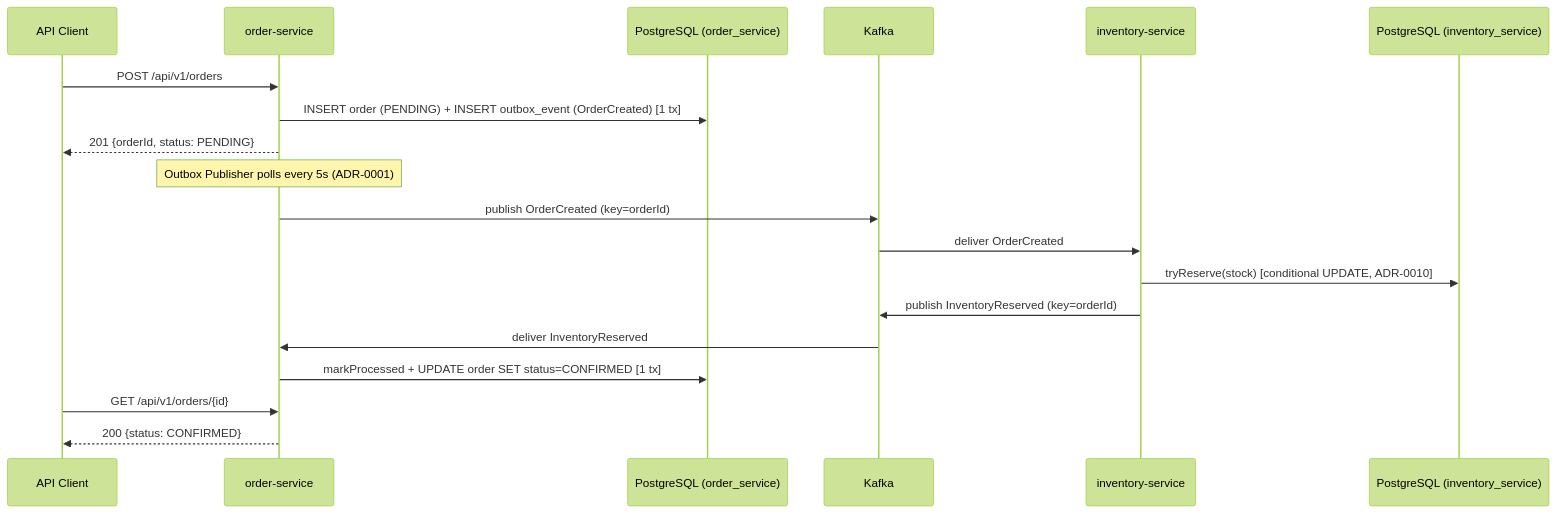
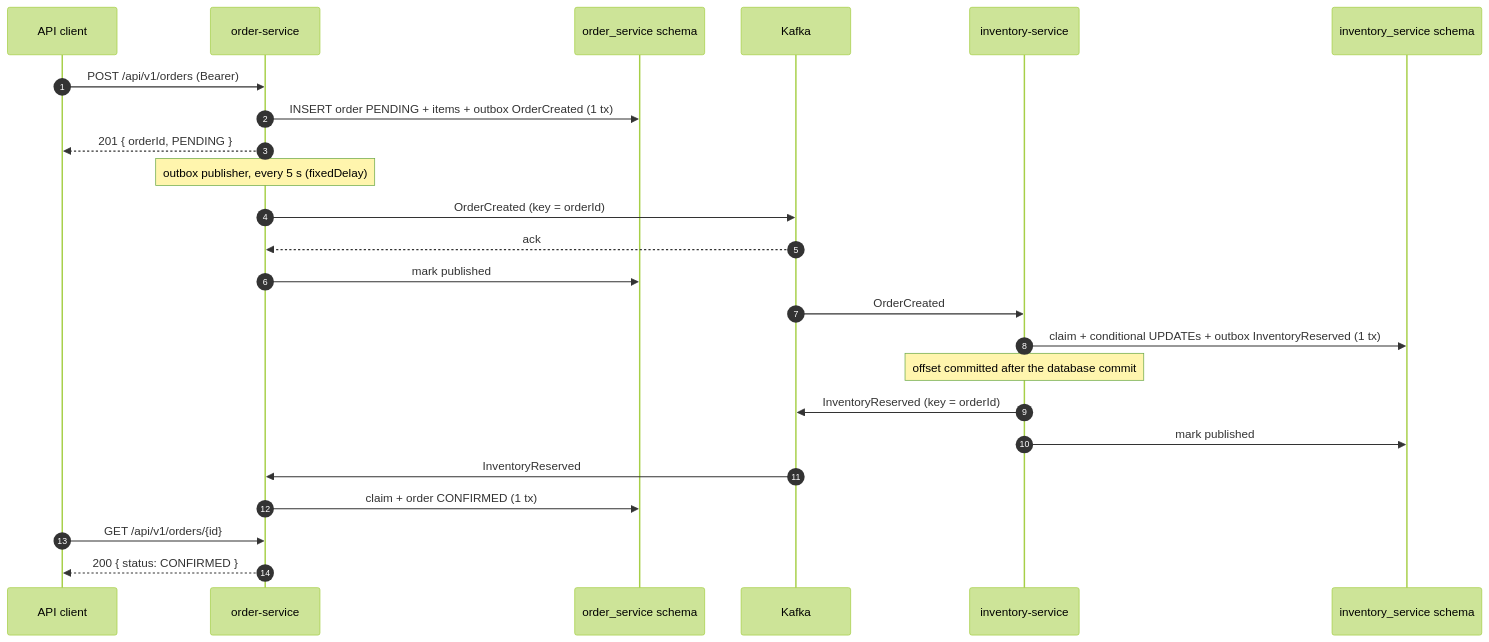
One commit to kaulinmindiola/Resilient-Order-Pipeline changed the seventh of 12 diagrams in docs/sdd.md. Above: the diagram before and after it, drawn with Mermaid (forest theme). The commit also changed other lines of this file, not shown here.

Commit message:
docs: align SDD with the implementation and add sequence diagrams

````diff
--- a/docs/sdd.md
+++ b/docs/sdd.md
@@ -473,22 +380,27 @@
 ```mermaid
 sequenceDiagram
-    participant C as API Client
+    autonumber
+    participant C as API client
     participant OS as order-service
-    participant DB as PostgreSQL (order_service)
-    participant KF as Kafka
+    participant ODB as order_service schema
+    participant K as Kafka
     participant IS as inventory-service
-    participant DBI as PostgreSQL (inventory_service)
+    participant IDB as inventory_service schema
 
-    C->>OS: POST /api/v1/orders
-    OS->>DB: INSERT order (PENDING) + INSERT outbox_event (OrderCreated) [1 tx]
-    OS-->>C: 201 {orderId, status: PENDING}
-    Note over OS: Outbox Publisher polls every 5s (ADR-0001)
-    OS->>KF: publish OrderCreated (key=orderId)
-    KF->>IS: deliver OrderCreated
-    IS->>DBI: tryReserve(stock) [conditional UPDATE, ADR-0010]
-    IS->>KF: publish InventoryReserved (key=orderId)
-    KF->>OS: deliver InventoryReserved
-    OS->>DB: markProcessed + UPDATE order SET status=CONFIRMED [1 tx]
+    C->>OS: POST /api/v1/orders (Bearer)
+    OS->>ODB: INSERT order PENDING + items + outbox OrderCreated (1 tx)
+    OS-->>C: 201 { orderId, PENDING }
+    Note over OS: outbox publisher, every 5 s (fixedDelay)
+    OS->>K: OrderCreated (key = orderId)
+    K-->>OS: ack
+    OS->>ODB: mark published
+    K->>IS: OrderCreated
+    IS->>IDB: claim + conditional UPDATEs + outbox InventoryReserved (1 tx)
+    Note over IS: offset committed after the database commit
+    IS->>K: InventoryReserved (key = orderId)
+    IS->>IDB: mark published
+    K->>OS: InventoryReserved
+    OS->>ODB: claim + order CONFIRMED (1 tx)
     C->>OS: GET /api/v1/orders/{id}
-    OS-->>C: 200 {status: CONFIRMED}
+    OS-->>C: 200 { status: CONFIRMED }
 ```
````
